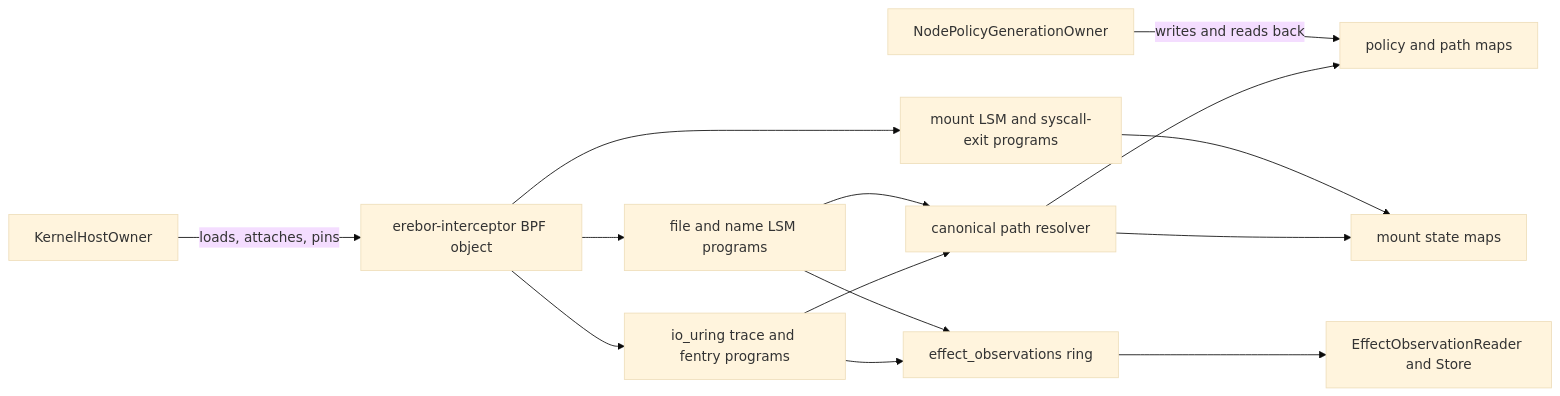
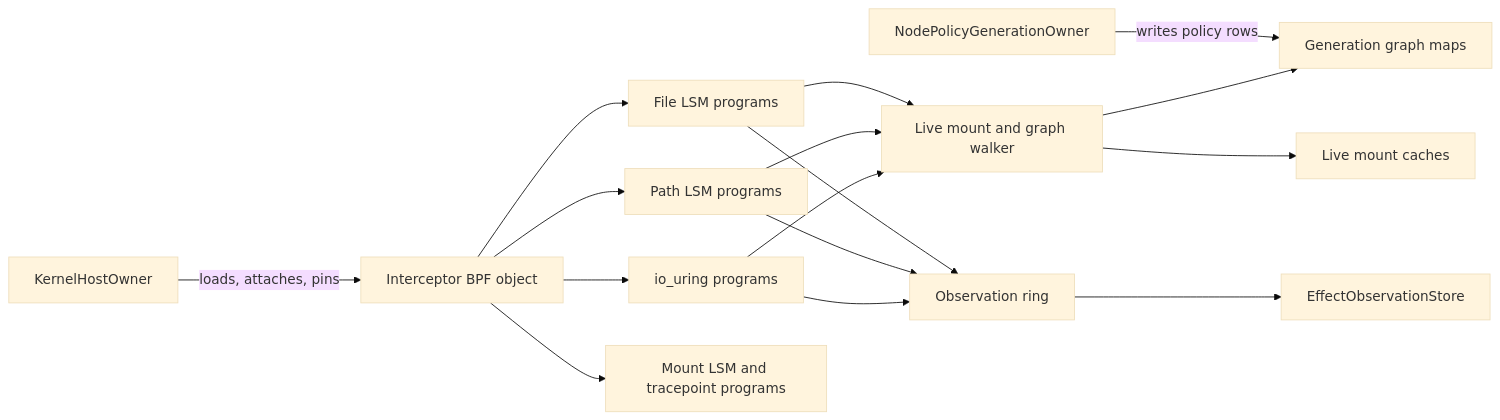
The third of 3 diagrams in docs/plans/mithril-hugging-face-intrusion-prevention/path-tree-denial-implementation-review.md (Ereborlabs/erebor-runtime), drawn with Mermaid (base theme) before and after one commit. The commit also changed other lines of this file and 2 other files, not shown here.

Commit message:
docs(mithril): explain live BPF path resolution

````diff
--- a/docs/plans/mithril-hugging-face-intrusion-prevention/path-tree-denial-implementation-review.md
+++ b/docs/plans/mithril-hugging-face-intrusion-prevention/path-tree-denial-implementation-review.md
@@ -230,16 +214,18 @@
 ```mermaid
 flowchart LR
-    N[NodePolicyGenerationOwner] -->|writes and reads back| PM[policy and path maps]
-    H[KernelHostOwner] -->|loads, attaches, pins| O[erebor-interceptor BPF object]
-    O --> F[file and name LSM programs]
-    O --> U[io_uring trace and fentry programs]
-    O --> X[mount LSM and syscall-exit programs]
-    F --> P[canonical path resolver]
-    U --> P
-    X --> MM[mount state maps]
-    P --> PM
-    P --> MM
-    F --> R[effect_observations ring]
+    N[NodePolicyGenerationOwner] -->|writes policy rows| M[Generation graph maps]
+    H[KernelHostOwner] -->|loads, attaches, pins| O[Interceptor BPF object]
+    O --> F[File LSM programs]
+    O --> P[Path LSM programs]
+    O --> U[io_uring programs]
+    O --> X[Mount LSM and tracepoint programs]
+    F --> W[Live mount and graph walker]
+    P --> W
+    U --> W
+    W --> M
+    W --> C[Live mount caches]
+    F --> R[Observation ring]
+    P --> R
     U --> R
-    R --> C[EffectObservationReader and Store]
+    R --> S[EffectObservationStore]
 ```
````
